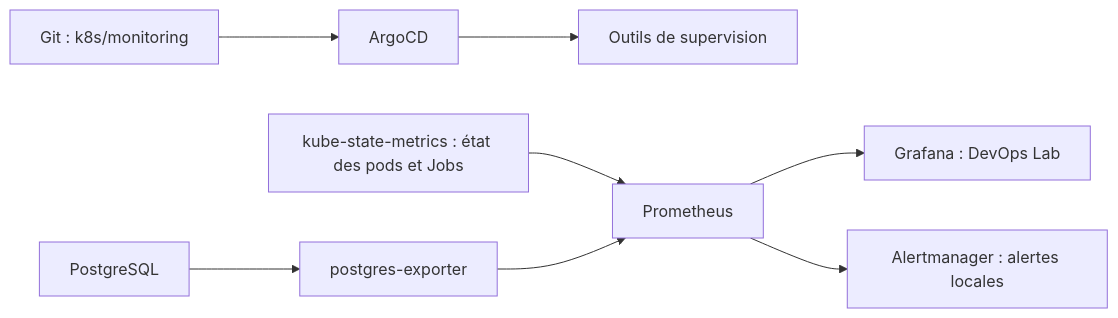
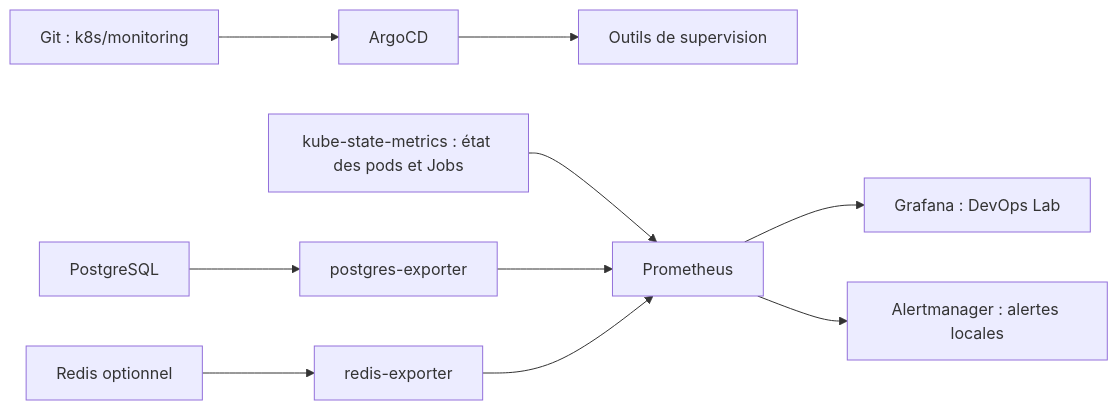
The diagram in docs/supervision.md (yazid9871/Devops-lab), drawn with Mermaid before and after one commit. The commit also changed other lines of this file and 7 other files, not shown here.

````diff
--- a/docs/supervision.md
+++ b/docs/supervision.md
@@ -11,10 +11,12 @@
 ```mermaid
 flowchart LR
   Git[Git : k8s/monitoring] --> Argo[ArgoCD]
   Argo --> Stack[Outils de supervision]
   KSM[kube-state-metrics : état des pods et Jobs] --> Prom[Prometheus]
   PG[PostgreSQL] --> Export[postgres-exporter]
   Export --> Prom
+  Redis[Redis optionnel] --> RedisExport[redis-exporter]
+  RedisExport --> Prom
   Prom --> Graf[Grafana : DevOps Lab]
   Prom --> AM[Alertmanager : alertes locales]
 ```
````
